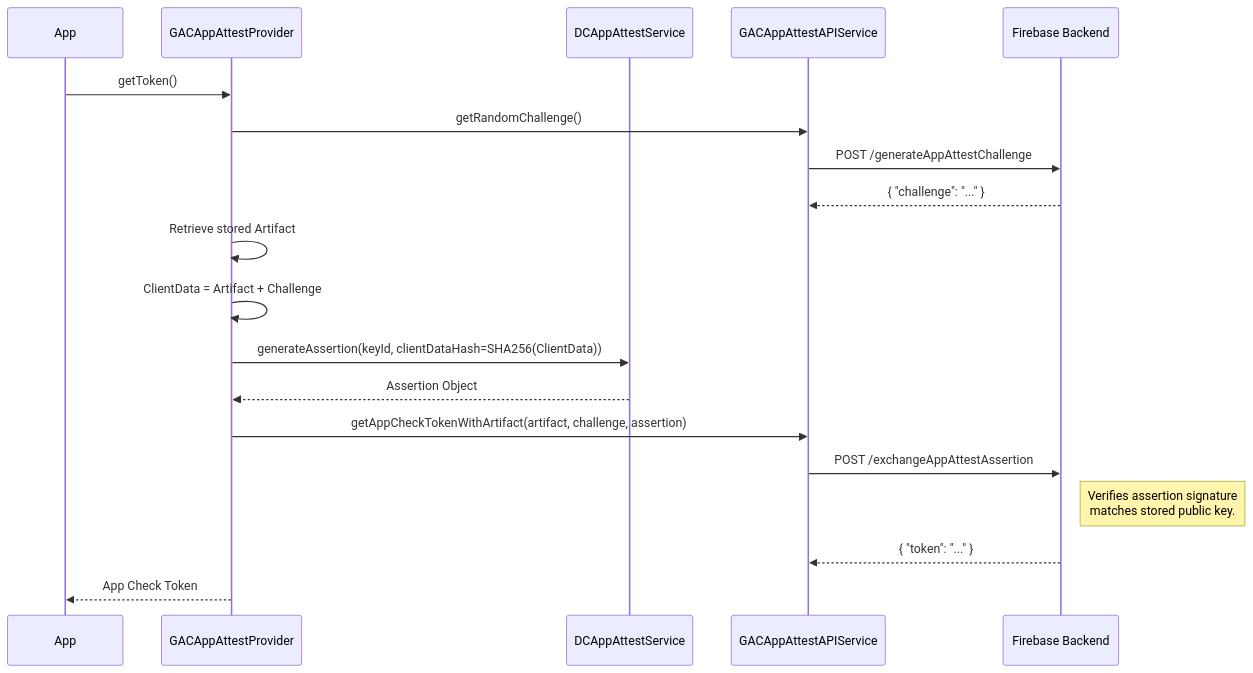
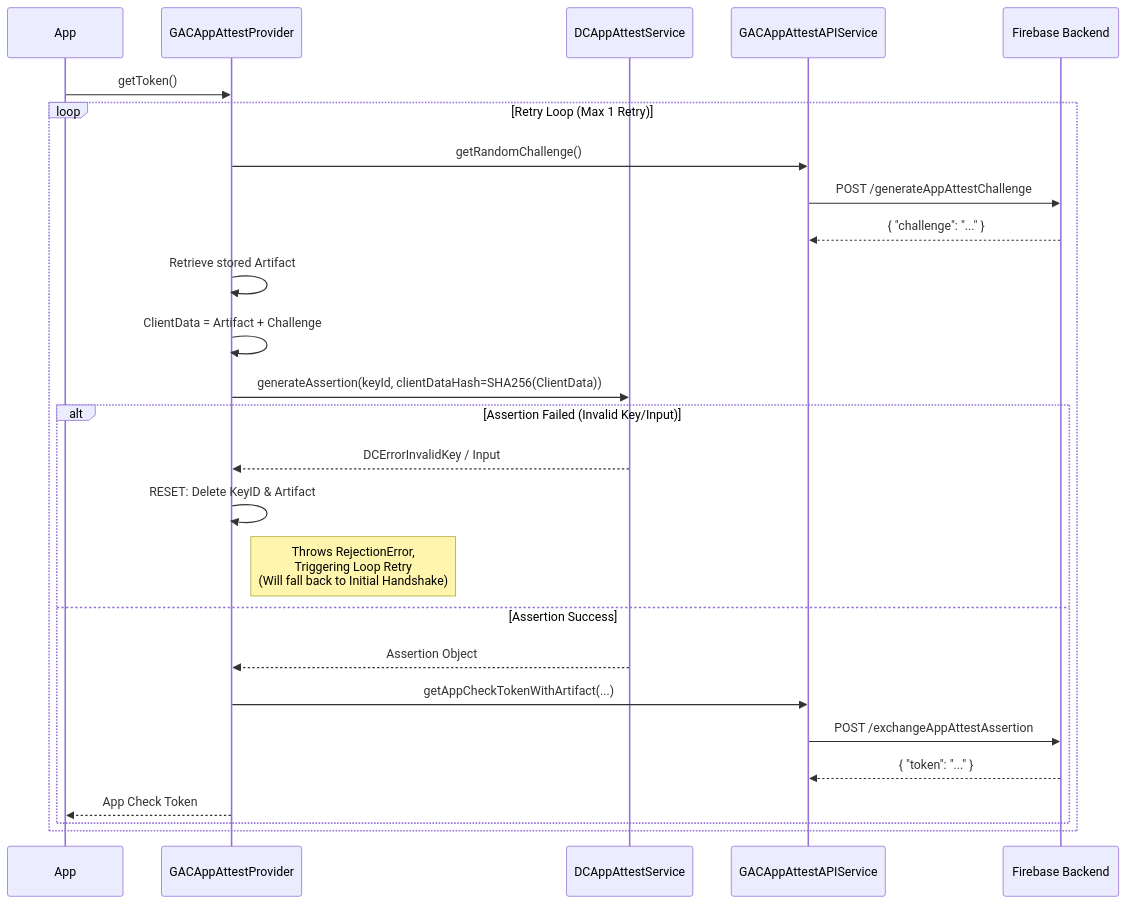
Before and after one commit to google/app-check: the second of 4 diagrams in docs/providers.md, drawn with Mermaid. The commit also changed other lines of this file and 1 other file, not shown here.

````diff
--- a/docs/providers.md
+++ b/docs/providers.md
@@ -52,25 +68,34 @@
 ```mermaid
 sequenceDiagram
     participant App
     participant Provider as GACAppAttestProvider
     participant Apple as DCAppAttestService
     participant API as GACAppAttestAPIService
     participant Backend as Firebase Backend
 
     App->>Provider: getToken()
-    Provider->>API: getRandomChallenge()
-    API->>Backend: POST /generateAppAttestChallenge
-    Backend-->>API: { "challenge": "..." }
+    
+    loop Retry Loop (Max 1 Retry)
+        Provider->>API: getRandomChallenge()
+        API->>Backend: POST /generateAppAttestChallenge
+        Backend-->>API: { "challenge": "..." }
 
-    Provider->>Provider: Retrieve stored Artifact
-    Provider->>Provider: ClientData = Artifact + Challenge
-    Provider->>Apple: generateAssertion(keyId, clientDataHash=SHA256(ClientData))
-    Apple-->>Provider: Assertion Object
-
-    Provider->>API: getAppCheckTokenWithArtifact(artifact, challenge, assertion)
-    API->>Backend: POST /exchangeAppAttestAssertion
-    Note right of Backend: Verifies assertion signature <br/>matches stored public key.
-    Backend-->>API: { "token": "..." }
-    
-    Provider-->>App: App Check Token
+        Provider->>Provider: Retrieve stored Artifact
+        Provider->>Provider: ClientData = Artifact + Challenge
+        Provider->>Apple: generateAssertion(keyId, clientDataHash=SHA256(ClientData))
+        
+        alt Assertion Failed (Invalid Key/Input)
+            Apple-->>Provider: DCErrorInvalidKey / Input
+            Provider->>Provider: RESET: Delete KeyID & Artifact
+            Note right of Provider: Throws RejectionError,<br/>Triggering Loop Retry<br/>(Will fall back to Initial Handshake)
+        else Assertion Success
+            Apple-->>Provider: Assertion Object
+            
+            Provider->>API: getAppCheckTokenWithArtifact(...)
+            API->>Backend: POST /exchangeAppAttestAssertion
+            Backend-->>API: { "token": "..." }
+            
+            Provider-->>App: App Check Token
+        end
+    end
 ```
````
